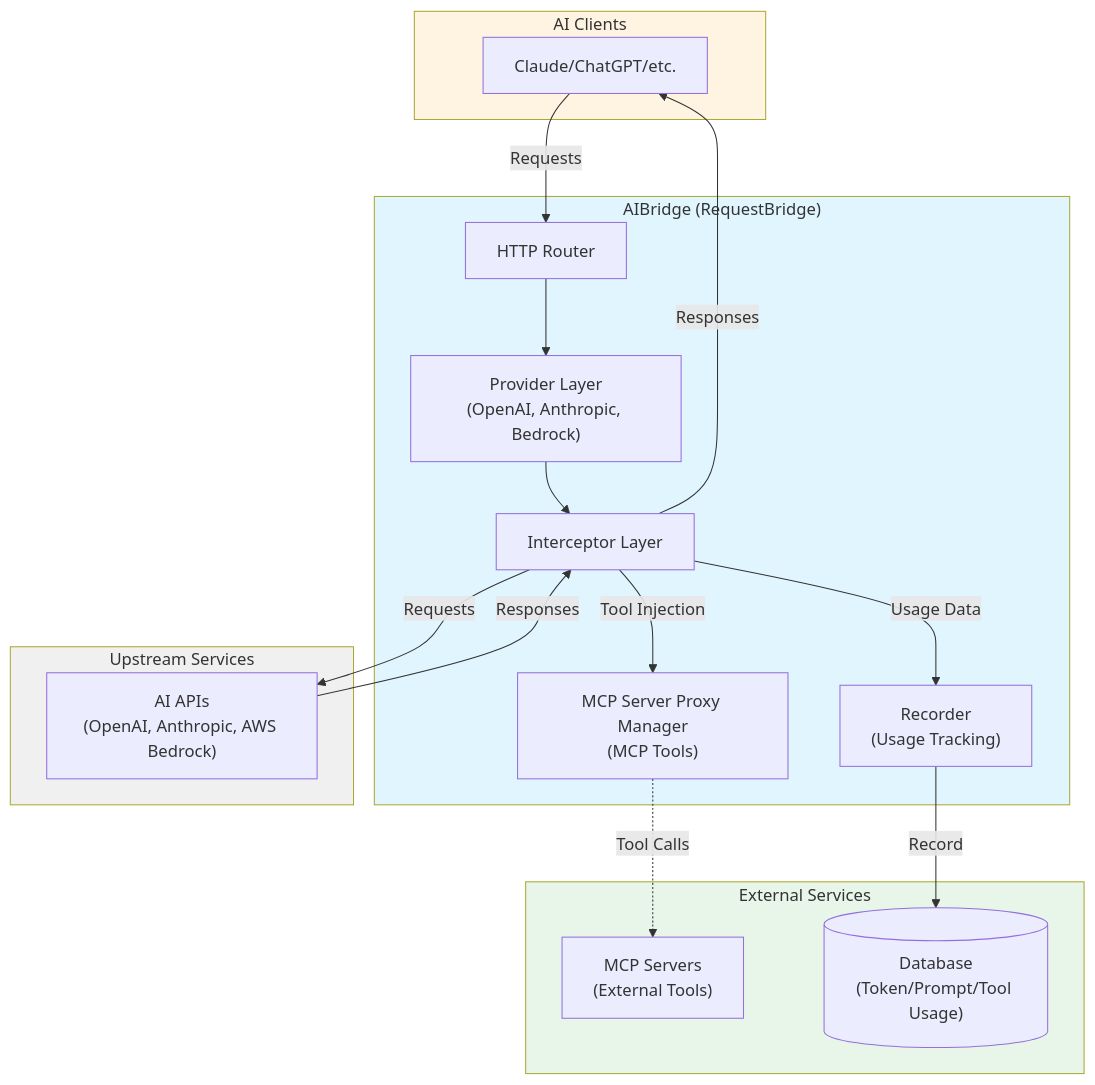
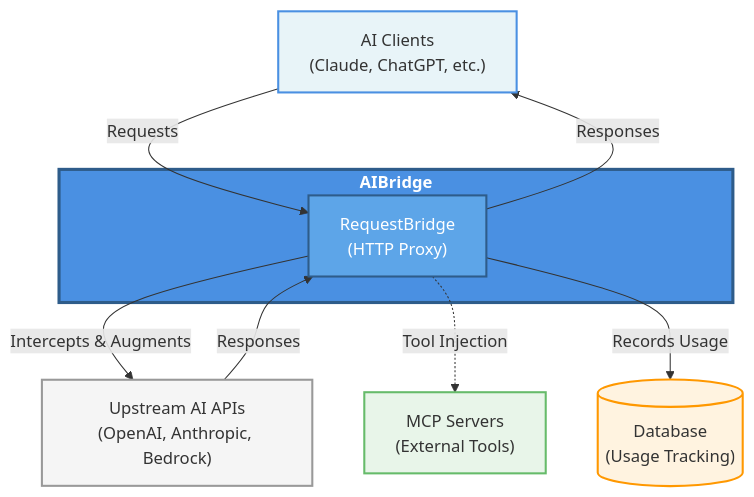
One commit to coder/aibridge changed the diagram in README.md. Above: the diagram before and after it, drawn with Mermaid.

Commit message:
Simplify architecture diagram with clearer AIBridge boundary

````diff
--- a/README.md
+++ b/README.md
@@ -20,39 +20,26 @@
 ```mermaid
 graph TB
-    subgraph clients["AI Clients"]
-        C1["Claude/ChatGPT/etc."]
+    Client["AI Clients<br/>(Claude, ChatGPT, etc.)"]
+    
+    subgraph aibridge["<b>AIBridge</b>"]
+        Bridge["RequestBridge<br/>(HTTP Proxy)"]
     end
     
-    subgraph bridge["AIBridge (RequestBridge)"]
-        Router["HTTP Router"]
-        Providers["Provider Layer<br/>(OpenAI, Anthropic, Bedrock)"]
-        Interceptor["Interceptor Layer"]
-        MCP["MCP Server Proxy Manager<br/>(MCP Tools)"]
-        Recorder["Recorder<br/>(Usage Tracking)"]
-    end
+    APIs["Upstream AI APIs<br/>(OpenAI, Anthropic, Bedrock)"]
+    MCP["MCP Servers<br/>(External Tools)"]
+    DB[("Database<br/>(Usage Tracking)")]
     
-    subgraph upstream["Upstream Services"]
-        APIs["AI APIs<br/>(OpenAI, Anthropic, AWS Bedrock)"]
-    end
+    Client -->|"Requests"| Bridge
+    Bridge -->|"Intercepts & Augments"| APIs
+    Bridge -.->|"Tool Injection"| MCP
+    Bridge -->|"Records Usage"| DB
+    APIs -->|"Responses"| Bridge
+    Bridge -->|"Responses"| Client
     
-    subgraph external["External Services"]
-        MCPServers["MCP Servers<br/>(External Tools)"]
-        DB[("Database<br/>(Token/Prompt/Tool Usage)")]
-    end
-    
-    C1 -->|Requests| Router
-    Router --> Providers
-    Providers --> Interceptor
-    Interceptor -->|Tool Injection| MCP
-    MCP -.->|Tool Calls| MCPServers
-    Interceptor -->|Requests| APIs
-    APIs -->|Responses| Interceptor
-    Interceptor -->|Usage Data| Recorder
-    Recorder -->|Record| DB
-    Interceptor -->|Responses| C1
-    
-    style bridge fill:#e1f5ff
-    style clients fill:#fff4e1
-    style upstream fill:#f0f0f0
-    style external fill:#e8f5e9
+    style aibridge fill:#4A90E2,stroke:#2E5C8A,stroke-width:3px,color:#fff
+    style Bridge fill:#5DA5E8,stroke:#2E5C8A,stroke-width:2px,color:#fff
+    style Client fill:#E8F4F8,stroke:#4A90E2,stroke-width:2px
+    style APIs fill:#F5F5F5,stroke:#999,stroke-width:2px
+    style MCP fill:#E8F5E9,stroke:#66BB6A,stroke-width:2px
+    style DB fill:#FFF3E0,stroke:#FF9800,stroke-width:2px
 ```
````
